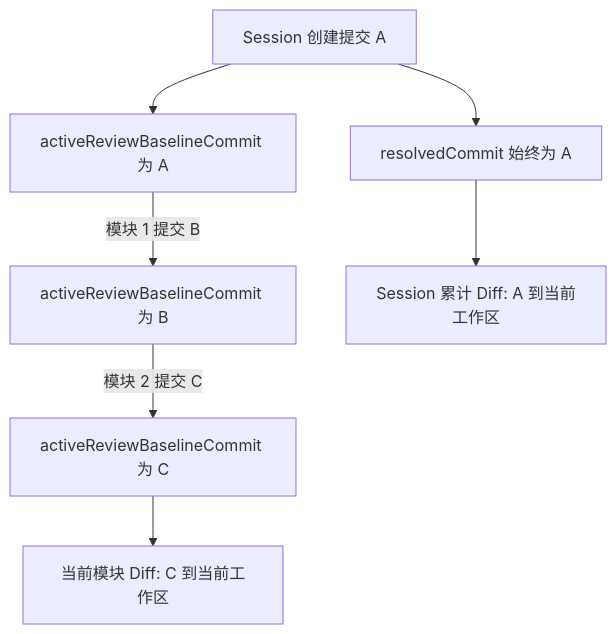
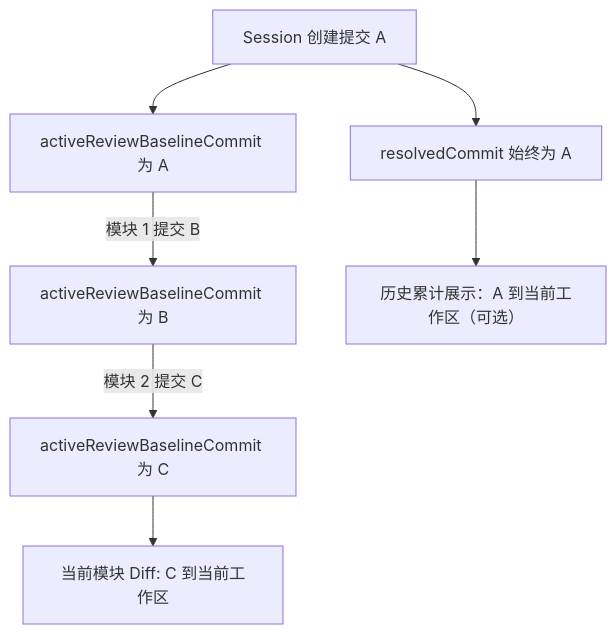
The fifth of 11 diagrams in docs/architecture/current-architecture.md (smile-gu/Code-Weave), drawn with Mermaid before and after one commit. The commit also changed other lines of this file and 28 other files, not shown here.

````diff
--- a/docs/architecture/current-architecture.md
+++ b/docs/architecture/current-architecture.md
@@ -144,9 +144,9 @@
 ```mermaid
 flowchart TB
     A[Session 创建提交 A] --> R[resolvedCommit 始终为 A]
     A --> B1[activeReviewBaselineCommit 为 A]
     B1 -->|模块 1 提交 B| B2[activeReviewBaselineCommit 为 B]
     B2 -->|模块 2 提交 C| B3[activeReviewBaselineCommit 为 C]
-    R --> D[Session 累计 Diff: A 到当前工作区]
+    R --> D[历史累计展示：A 到当前工作区（可选）]
     B3 --> E[当前模块 Diff: C 到当前工作区]
 ```
````
